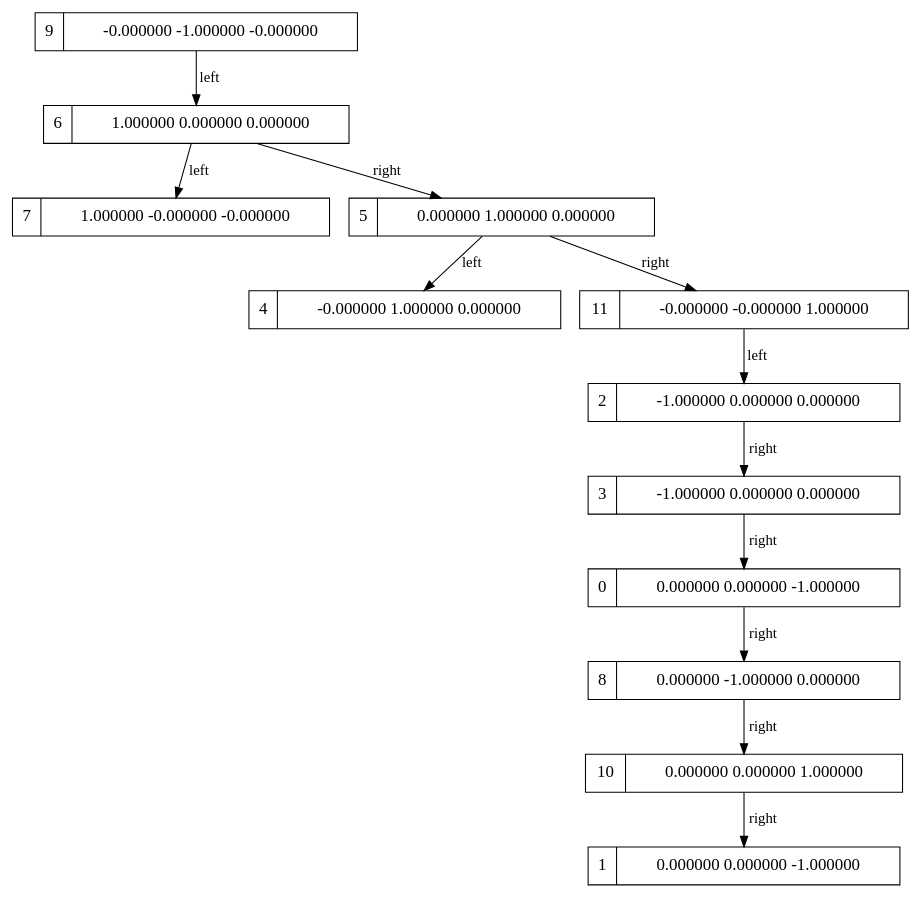
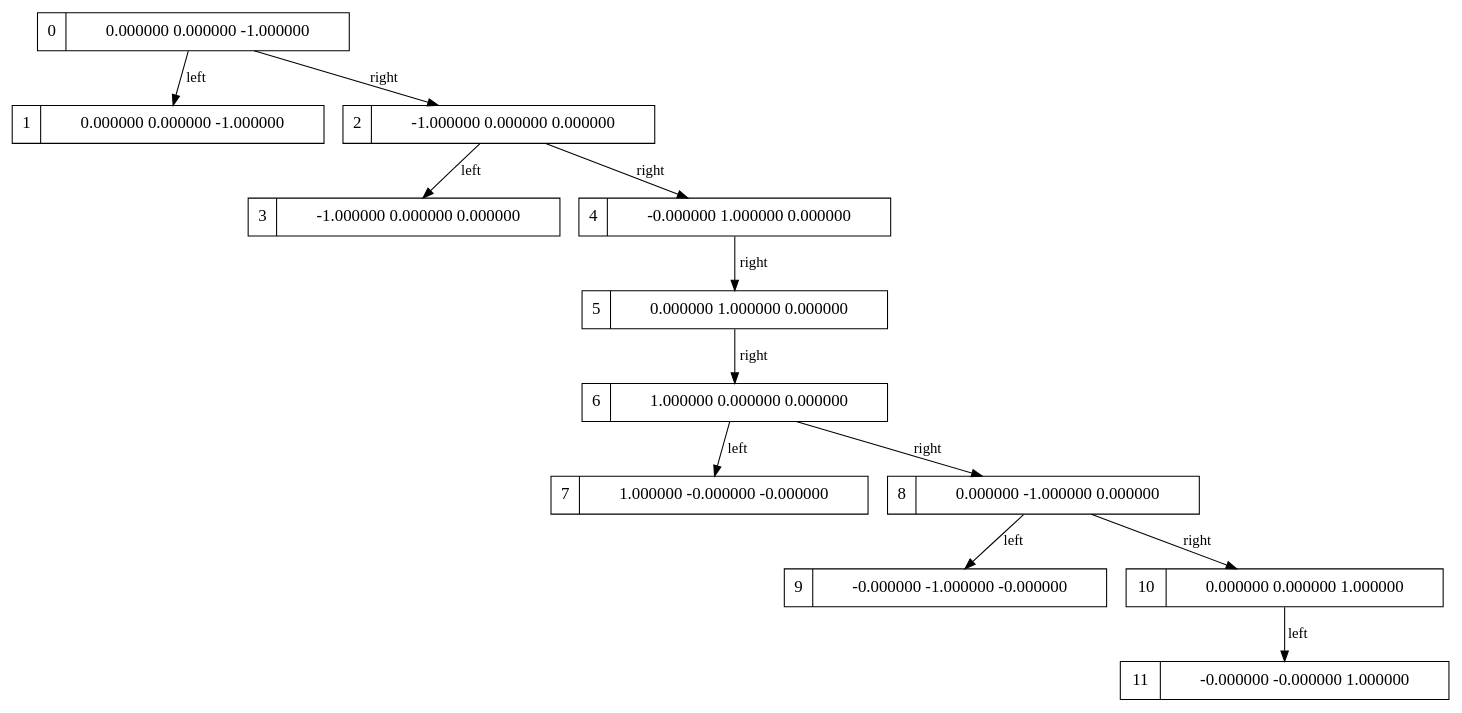
One commit to AryaGosuDev/RayTracer changed the diagram in Render2/RefractingSheetoutGraph.dot. Above: the diagram before and after it, drawn with Graphviz. The commit also changed 123 other files, not shown here.

```diff
--- a/Render2/RefractingSheetoutGraph.dot
+++ b/Render2/RefractingSheetoutGraph.dot
@@ -1,1 +1,1 @@
-digraph g { graph []; node [ fontsize="16" shape = "ellipse"]; edge [];"node9" [ label = "9 | -0.000000 -1.000000 -0.000000 " shape = "record" ];"node6" [ label = "6 | 1.000000 0.000000 0.000000 " shape = "record" ];"node7" [ label = "7 | 1.000000 -0.000000 -0.000000 " shape = "record" ];"node5" [ label = "5 | 0.000000 1.000000 0.000000 " shape = "record" ];"node4" [ label = "4 | -0.000000 1.000000 0.000000 " shape = "record" ];"node11" [ label = "11 | -0.000000 -0.000000 1.000000 " shape = "record" ];"node2" [ label = "2 | -1.000000 0.000000 0.000000 " shape = "record" ];"node3" [ label = "3 | -1.000000 0.000000 0.000000 " shape = "record" ];"node0" [ label = "0 | 0.000000 0.000000 -1.000000 " shape = "record" ];"node8" [ label = "8 | 0.000000 -1.000000 0.000000 " shape = "record" ];"node10" [ label = "10 | 0.000000 0.000000 1.000000 " shape = "record" ];"node1" [ label = "1 | 0.000000 0.000000 -1.000000 " shape = "record" ];"node9"-> "node6" [ label = "left"];"node6"-> "node7" [ label = "left"];"node6"-> "node5" [ label = "right"];"node5"-> "node4" [ label = "left"];"node5"-> "node11" [ label = "right"];"node11"-> "node2" [ label = "left"];"node2"-> "node3" [ label = "right"];"node3"-> "node0" [ label = "right"];"node0"-> "node8" [ label = "right"];"node8"-> "node10" [ label = "right"];"node10"-> "node1" [ label = "right"];}
+digraph g { graph []; node [ fontsize="16" shape = "ellipse"]; edge [];"node0" [ label = "0 | 0.000000 0.000000 -1.000000 " shape = "record" ];"node1" [ label = "1 | 0.000000 0.000000 -1.000000 " shape = "record" ];"node2" [ label = "2 | -1.000000 0.000000 0.000000 " shape = "record" ];"node3" [ label = "3 | -1.000000 0.000000 0.000000 " shape = "record" ];"node4" [ label = "4 | -0.000000 1.000000 0.000000 " shape = "record" ];"node5" [ label = "5 | 0.000000 1.000000 0.000000 " shape = "record" ];"node6" [ label = "6 | 1.000000 0.000000 0.000000 " shape = "record" ];"node7" [ label = "7 | 1.000000 -0.000000 -0.000000 " shape = "record" ];"node8" [ label = "8 | 0.000000 -1.000000 0.000000 " shape = "record" ];"node9" [ label = "9 | -0.000000 -1.000000 -0.000000 " shape = "record" ];"node10" [ label = "10 | 0.000000 0.000000 1.000000 " shape = "record" ];"node11" [ label = "11 | -0.000000 -0.000000 1.000000 " shape = "record" ];"node0"-> "node1" [ label = "left"];"node0"-> "node2" [ label = "right"];"node2"-> "node3" [ label = "left"];"node2"-> "node4" [ label = "right"];"node4"-> "node5" [ label = "right"];"node5"-> "node6" [ label = "right"];"node6"-> "node7" [ label = "left"];"node6"-> "node8" [ label = "right"];"node8"-> "node9" [ label = "left"];"node8"-> "node10" [ label = "right"];"node10"-> "node11" [ label = "left"];}
```
